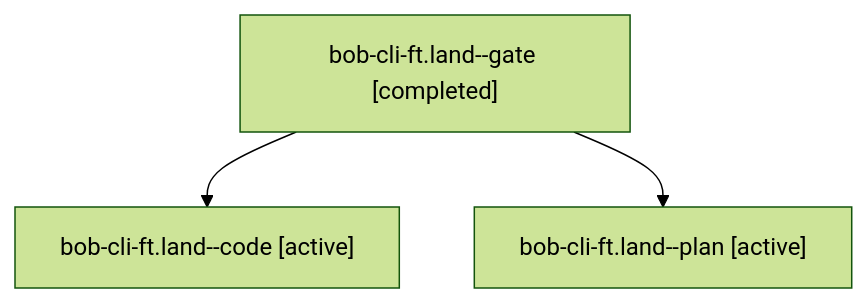
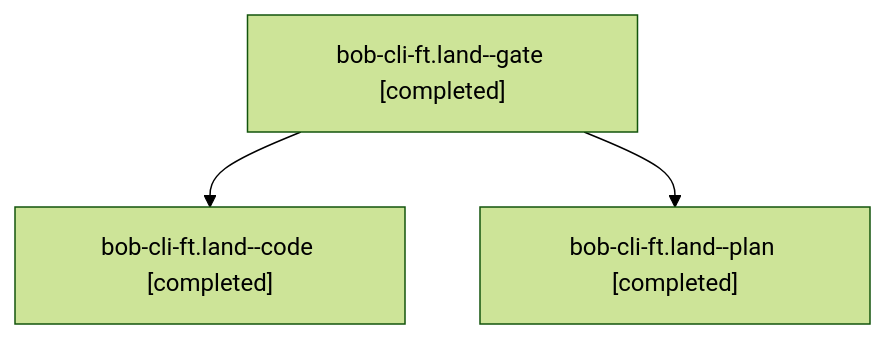
One commit to bobs-org/bob-cli--agents changed the diagram in sessions/bbugyi200.athena.bob-cli-ft.land.md. Above: the diagram before and after it, drawn with Mermaid (forest theme). The commit also changed other lines of this file and 37 other files, not shown here.

````diff
--- a/sessions/bbugyi200.athena.bob-cli-ft.land.md
+++ b/sessions/bbugyi200.athena.bob-cli-ft.land.md
@@ -9,8 +9,8 @@
 ```mermaid
 flowchart TD
   n0["bob-cli-ft.land--gate [completed]"]
-  n1["bob-cli-ft.land--code [active]"]
+  n1["bob-cli-ft.land--code [completed]"]
   n0 --> n1
-  n2["bob-cli-ft.land--plan [active]"]
+  n2["bob-cli-ft.land--plan [completed]"]
   n0 --> n2
 ```
````
